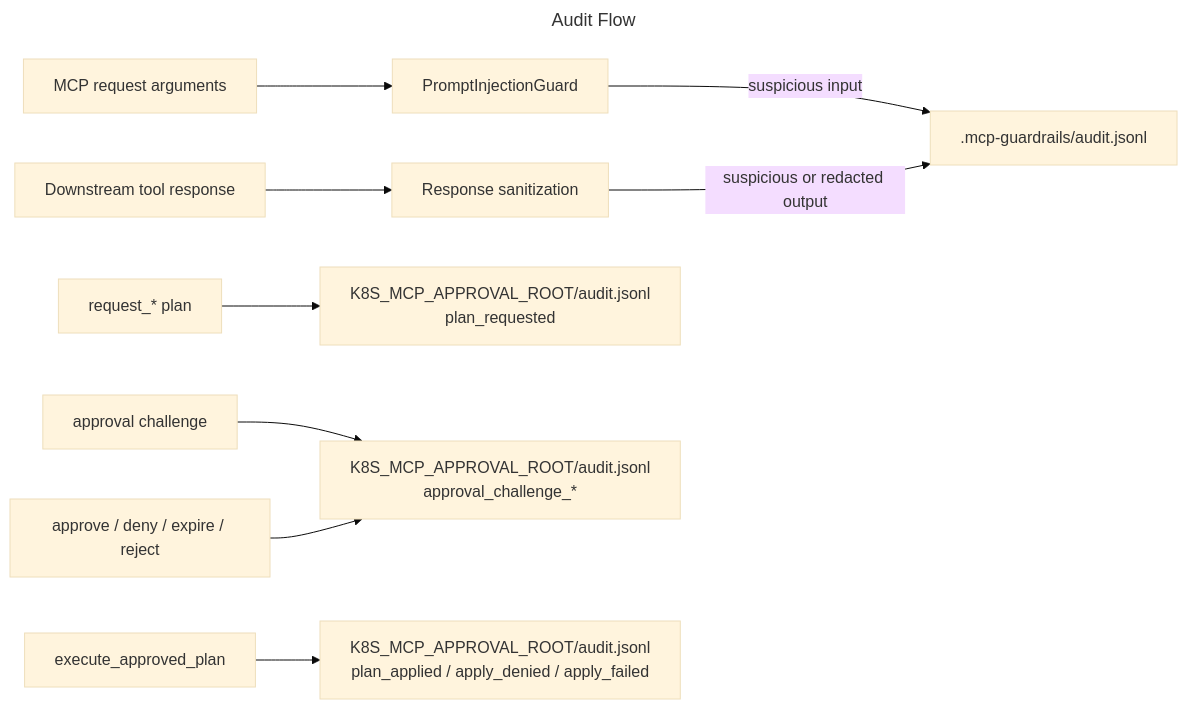
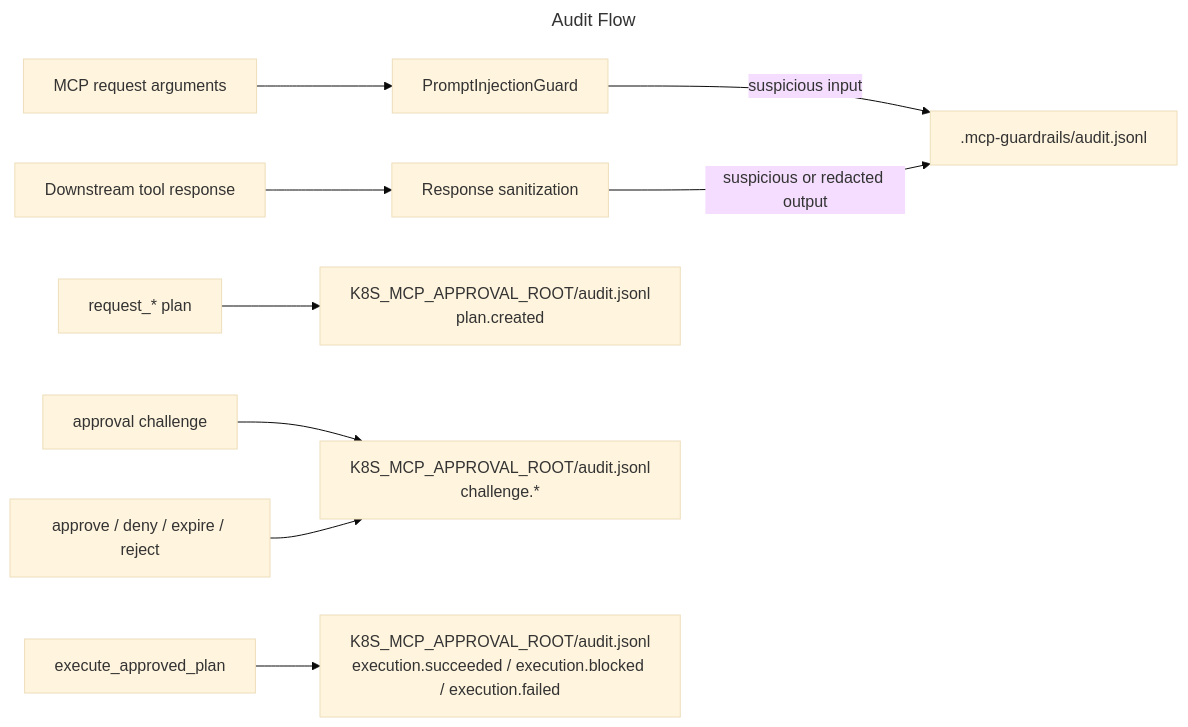
Before and after one commit to mirusser/Kubernetes-MCP-Guard: the seventh of 7 diagrams in docs/architecture.md, drawn with Mermaid (base theme). The commit also changed other lines of this file and 47 other files, not shown here.

Commit message:
feature:approval-flow drift mitigation

````diff
--- a/docs/architecture.md
+++ b/docs/architecture.md
@@ -301,15 +304,15 @@
 ```mermaid
 ---
 title: Audit Flow
 ---
 flowchart LR
     Request["MCP request arguments"] --> Guard["PromptInjectionGuard"]
     Response["Downstream tool response"] --> Sanitizer["Response sanitization"]
     Guard -->|"suspicious input"| GuardAudit[".mcp-guardrails/audit.jsonl"]
     Sanitizer -->|"suspicious or redacted output"| GuardAudit
 
-    Plan["request_* plan"] --> PlanAudit["K8S_MCP_APPROVAL_ROOT/audit.jsonl<br/>plan_requested"]
-    Challenge["approval challenge"] --> ChallengeAudit["K8S_MCP_APPROVAL_ROOT/audit.jsonl<br/>approval_challenge_*"]
+    Plan["request_* plan"] --> PlanAudit["K8S_MCP_APPROVAL_ROOT/audit.jsonl<br/>plan.created"]
+    Challenge["approval challenge"] --> ChallengeAudit["K8S_MCP_APPROVAL_ROOT/audit.jsonl<br/>challenge.*"]
     Approve["approve / deny / expire / reject"] --> ChallengeAudit
-    Apply["execute_approved_plan"] --> ApplyAudit["K8S_MCP_APPROVAL_ROOT/audit.jsonl<br/>plan_applied / apply_denied / apply_failed"]
+    Apply["execute_approved_plan"] --> ApplyAudit["K8S_MCP_APPROVAL_ROOT/audit.jsonl<br/>execution.succeeded / execution.blocked / execution.failed"]
 ```
````
